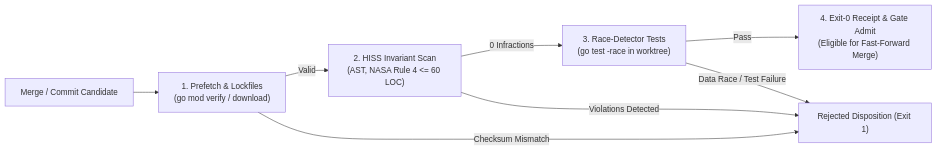
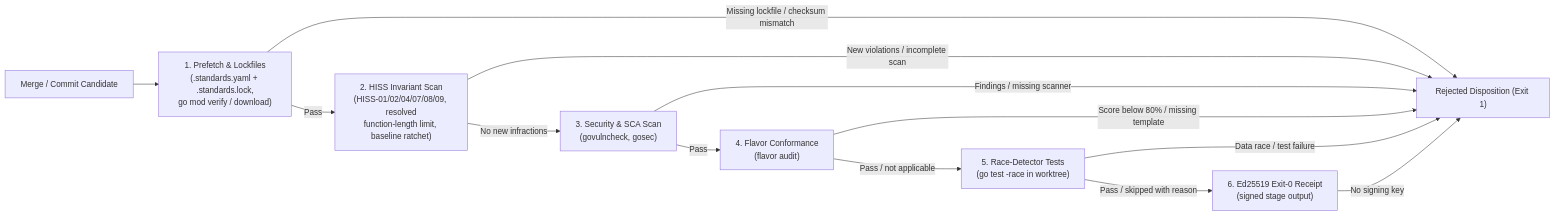
One commit to cordanaLLM/praetor changed the third of 3 diagrams in docs/architecture/c4-models.md. Above: the diagram before and after it, drawn with Mermaid. The commit also changed other lines of this file and 41 other files, not shown here.

First line of the commit message:
fix: land 2 reviewed batches (repair Starlight build, gate/audit parit; never emit FleetCatalog downgrades; rank) (#454)

````diff
--- a/docs/architecture/c4-models.md
+++ b/docs/architecture/c4-models.md
@@ -79,11 +99,16 @@
 ```mermaid
 flowchart LR
-    INPUT["Merge / Commit Candidate"] --> PREFETCH["1. Prefetch & Lockfiles\n(go mod verify / download)"]
-    PREFETCH -->|"Valid"| AST_SCAN["2. HISS Invariant Scan\n(AST, NASA Rule 4 <= 60 LOC)"]
-    AST_SCAN -->|"0 Infractions"| RACE_TEST["3. Race-Detector Tests\n(go test -race in worktree)"]
-    RACE_TEST -->|"Pass"| RECEIPT["4. Exit-0 Receipt & Gate Admit\n(Eligible for Fast-Forward Merge)"]
-    
-    PREFETCH -->|"Checksum Mismatch"| REJECT["Rejected Disposition (Exit 1)"]
-    AST_SCAN -->|"Violations Detected"| REJECT
-    RACE_TEST -->|"Data Race / Test Failure"| REJECT
+    INPUT["Merge / Commit Candidate"] --> PREFETCH["1. Prefetch & Lockfiles\n(.standards.yaml + .standards.lock,\ngo mod verify / download)"]
+    PREFETCH -->|"Pass"| AST_SCAN["2. HISS Invariant Scan\n(HISS-01/02/04/07/08/09, resolved\nfunction-length limit, baseline ratchet)"]
+    AST_SCAN -->|"No new infractions"| SECURITY["3. Security & SCA Scan\n(govulncheck, gosec)"]
+    SECURITY -->|"Pass"| FLAVOR["4. Flavor Conformance\n(flavor audit)"]
+    FLAVOR -->|"Pass / not applicable"| RACE_TEST["5. Race-Detector Tests\n(go test -race in worktree)"]
+    RACE_TEST -->|"Pass / skipped with reason"| RECEIPT["6. Ed25519 Exit-0 Receipt\n(signed stage output)"]
+
+    PREFETCH -->|"Missing lockfile / checksum mismatch"| REJECT["Rejected Disposition (Exit 1)"]
+    AST_SCAN -->|"New violations / incomplete scan"| REJECT
+    SECURITY -->|"Findings / missing scanner"| REJECT
+    FLAVOR -->|"Score below 80% / missing template"| REJECT
+    RACE_TEST -->|"Data race / test failure"| REJECT
+    RECEIPT -->|"No signing key"| REJECT
 ```
````
